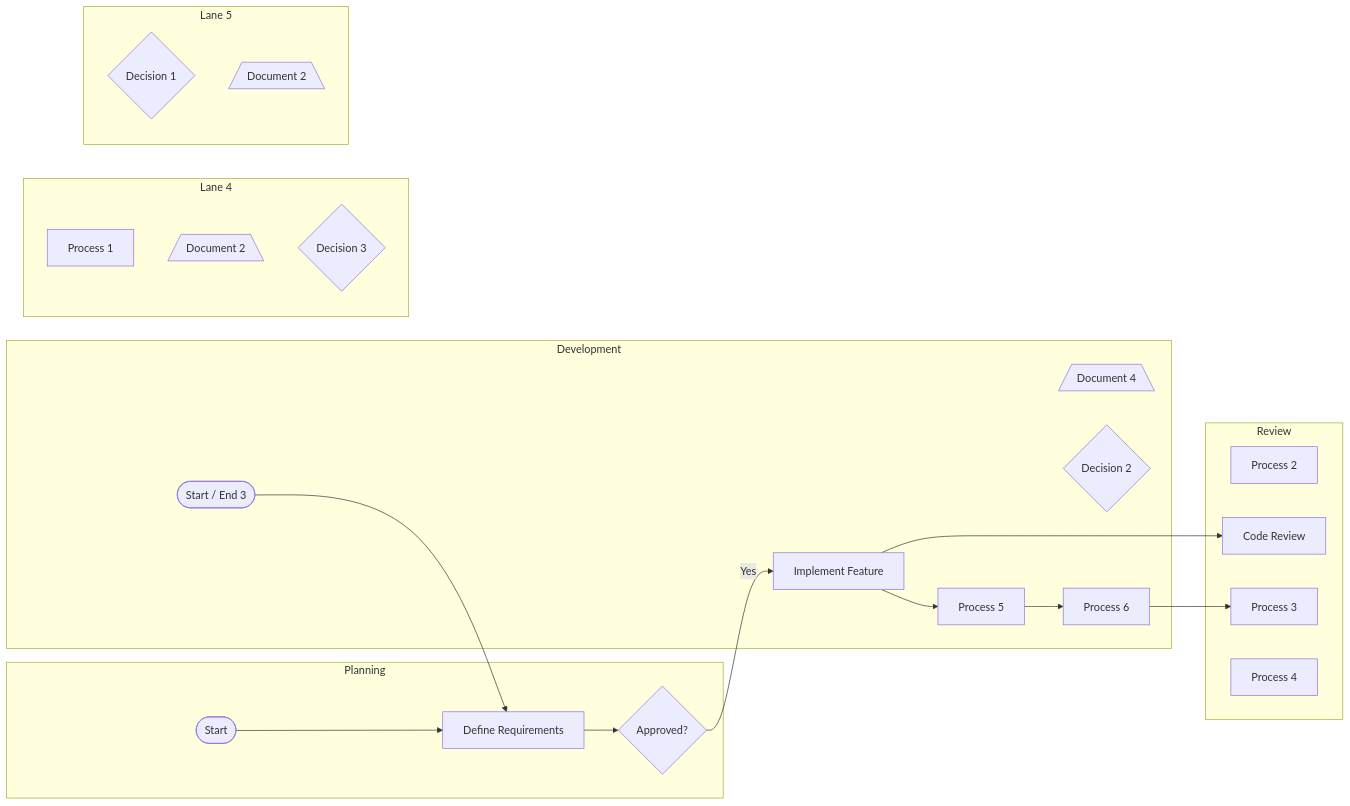
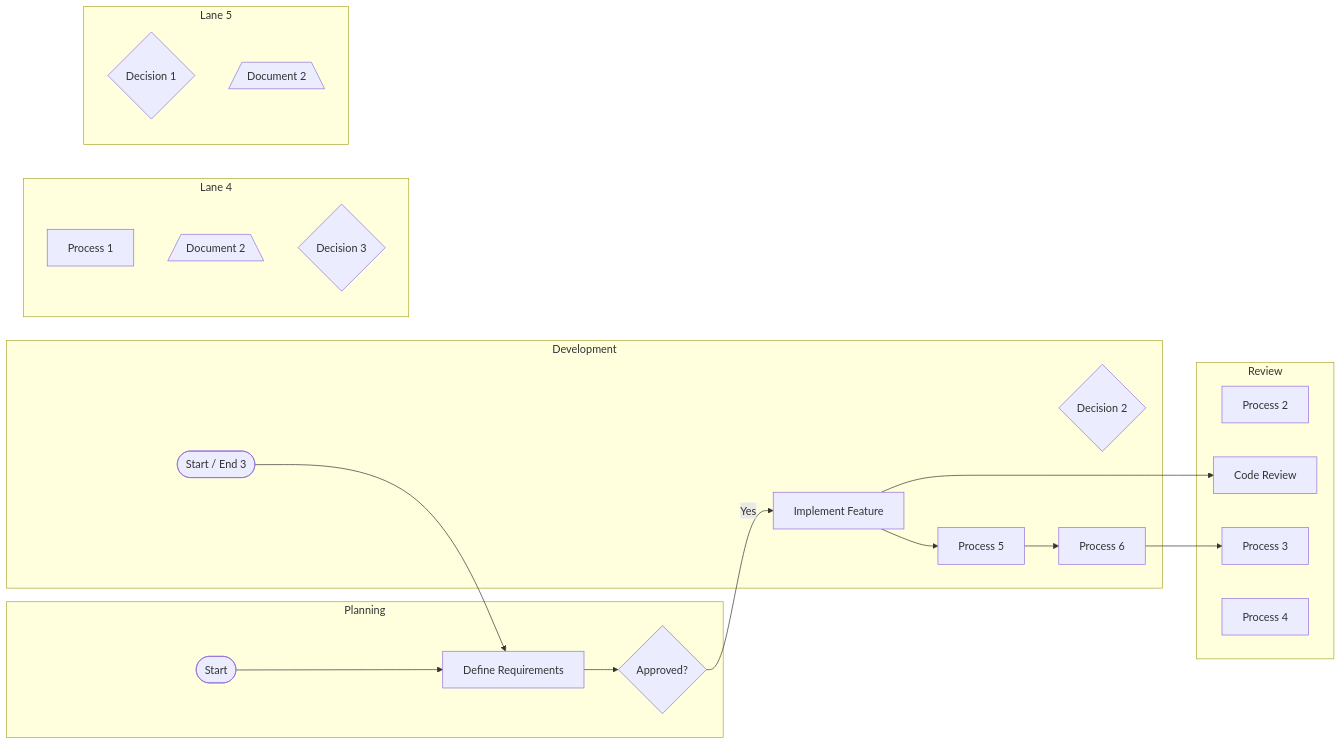
Before and after one commit to pingpm/mermaid_vault: the diagram in notes/123_9b882ae4-c4df-432b-9e50-9fb05b2c95e5.md, drawn with Mermaid. The commit also changed 2 other files, not shown here.

Commit message:
Sync Mermaid Studio data (14 diagrams)

````diff
--- a/notes/123_9b882ae4-c4df-432b-9e50-9fb05b2c95e5.md
+++ b/notes/123_9b882ae4-c4df-432b-9e50-9fb05b2c95e5.md
@@ -3,40 +3,39 @@
 ```mermaid
 flowchart LR
   subgraph lane_0["Planning"]
     t_0{"Approved?"}
     t_1["Define Requirements"]
     t_2(["Start"])
   end
   subgraph lane_1["Development"]
-    t_3[/"Document 4"\]
-    t_4{"Decision 2"}
-    t_5(["Start / End 3"])
-    t_6["Process 5"]
-    t_7["Process 6"]
-    t_8["Implement Feature"]
+    t_3{"Decision 2"}
+    t_4(["Start / End 3"])
+    t_5["Process 5"]
+    t_6["Process 6"]
+    t_7["Implement Feature"]
   end
   subgraph lane_2["Review"]
-    t_9["Process 2"]
-    t_10["Code Review"]
-    t_11["Process 3"]
-    t_12["Process 4"]
+    t_8["Process 2"]
+    t_9["Code Review"]
+    t_10["Process 3"]
+    t_11["Process 4"]
   end
   subgraph lane_3["Lane 4"]
-    t_13["Process 1"]
-    t_14[/"Document 2"\]
-    t_15{"Decision 3"}
+    t_12["Process 1"]
+    t_13[/"Document 2"\]
+    t_14{"Decision 3"}
   end
   subgraph lane_4["Lane 5"]
-    t_16{"Decision 1"}
-    t_17[/"Document 2"\]
+    t_15{"Decision 1"}
+    t_16[/"Document 2"\]
   end
-  t_0 -->|"Yes"| t_8
-  t_8 --> t_10
+  t_0 -->|"Yes"| t_7
+  t_7 --> t_9
   t_2 --> t_1
   t_1 --> t_0
-  t_5 --> t_1
-  t_8 --> t_6
-  t_6 --> t_7
-  t_7 --> t_11
+  t_4 --> t_1
+  t_7 --> t_5
+  t_5 --> t_6
+  t_6 --> t_10
 
 ```
````
